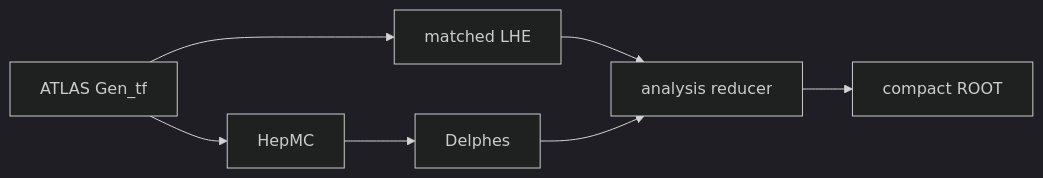
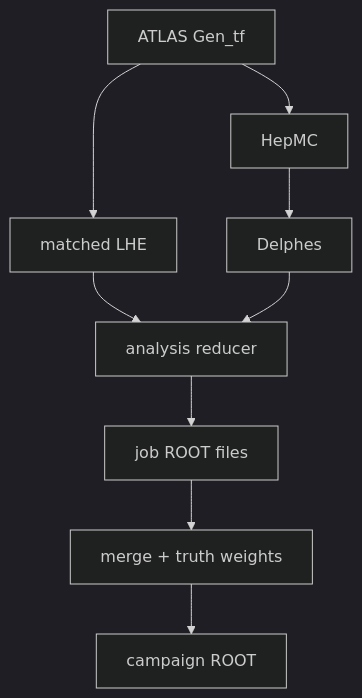
One commit to rafaellopesdesa/OffshellAngularProduction changed the diagram in README.md. Above: the diagram before and after it, drawn with Mermaid (dark theme). The commit also changed other lines of this file and 12 other files, not shown here.

Commit message:
Add cross-section-safe merging and truth weights

````diff
--- a/README.md
+++ b/README.md
@@ -11,9 +11,11 @@
 ```mermaid
-flowchart LR
+flowchart TD
     G["ATLAS Gen_tf"] --> L["matched LHE"]
     G --> H["HepMC"]
     H --> D["Delphes"]
     L --> A["analysis reducer"]
     D --> A
-    A --> R["compact ROOT"]
+    A --> J["job ROOT files"]
+    J --> M["merge + truth weights"]
+    M --> R["campaign ROOT"]
 ```
````
